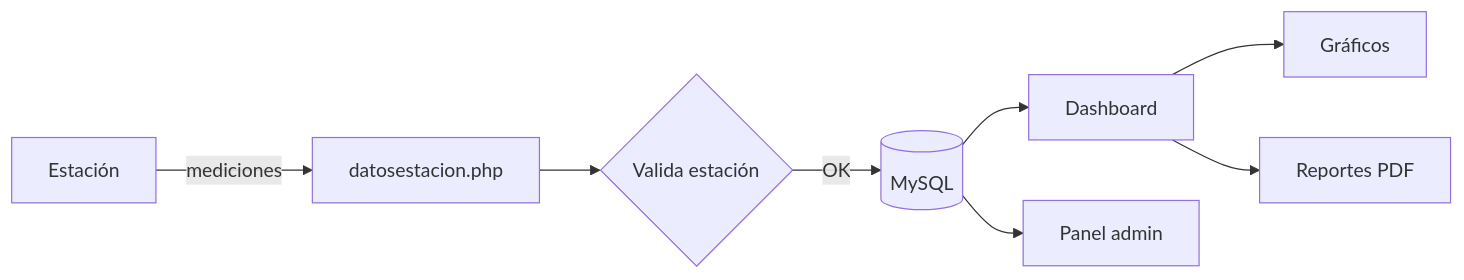
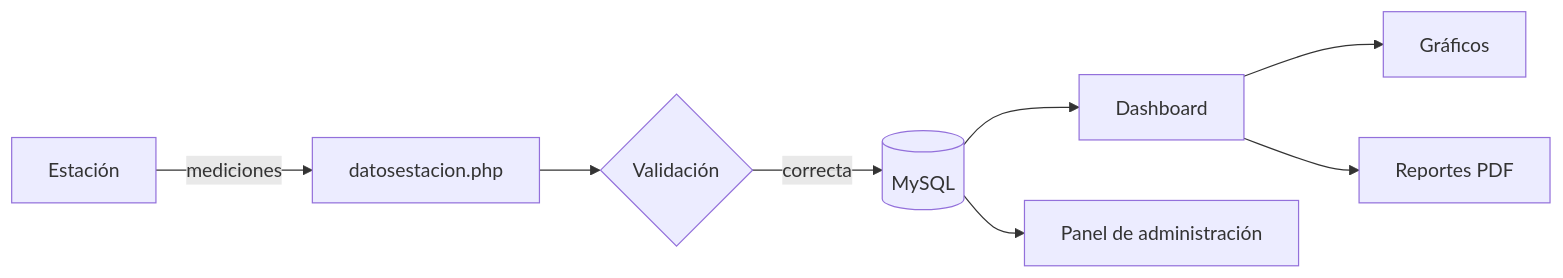
The diagram in README.md (alejoesp/ClimateCatcher), drawn with Mermaid before and after one commit. The commit also changed other lines of this file, not shown here.

````diff
--- a/README.md
+++ b/README.md
@@ -52,10 +41,10 @@
 ```mermaid
 flowchart LR
     A[Estación] -->|mediciones| B[datosestacion.php]
-    B --> C{Valida estación}
-    C -->|OK| D[(MySQL)]
+    B --> C{Validación}
+    C -->|correcta| D[(MySQL)]
     D --> E[Dashboard]
     E --> F[Gráficos]
     E --> G[Reportes PDF]
-    D --> H[Panel admin]
+    D --> H[Panel de administración]
 ```
````
